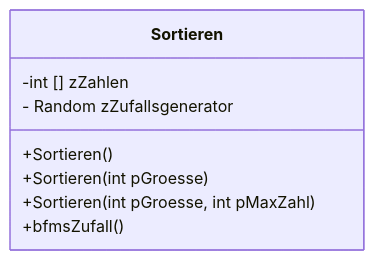
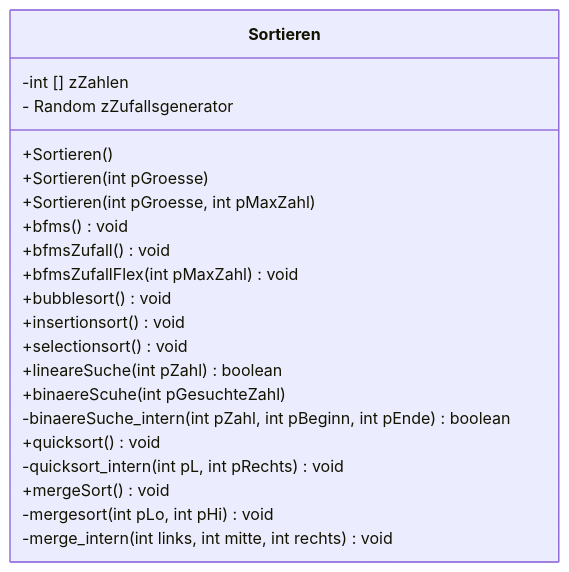
Before and after one commit to rueckertgym/help: the diagram in book/05 Suchen und Sortieren.md, drawn with Mermaid.

Commit message:
Aktualisieren book/05 Suchen und Sortieren.md

````diff
--- a/book/05 Suchen und Sortieren.md
+++ b/book/05 Suchen und Sortieren.md
@@ -9,12 +9,25 @@
 ```mermaid
 classDiagram
     
     class Sortieren {
       -int [] zZahlen
       - Random zZufallsgenerator
       +Sortieren()
       +Sortieren(int pGroesse)
       +Sortieren(int pGroesse, int pMaxZahl)
-      +bfmsZufall()
+      +bfms() void
+      +bfmsZufall() void
+      +bfmsZufallFlex(int pMaxZahl) void
+      +bubblesort() void
+      +insertionsort() void
+      +selectionsort() void
+      +lineareSuche(int pZahl) boolean
+      +binaereScuhe(int pGesuchteZahl)
+      -binaereSuche_intern(int pZahl, int pBeginn, int pEnde) boolean
+      +quicksort() void
+      -quicksort_intern(int pL, int pRechts) void
+      +mergeSort() void
+      -mergesort(int pLo, int pHi) void
+      -merge_intern(int links, int mitte, int rechts) void
     }
 ```
````
